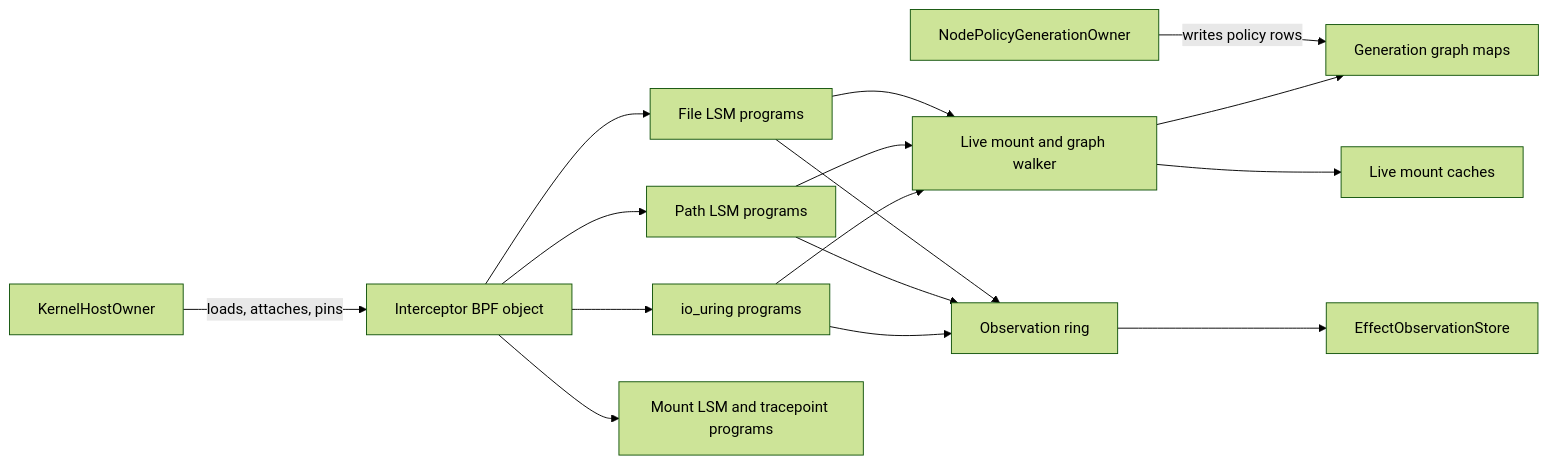
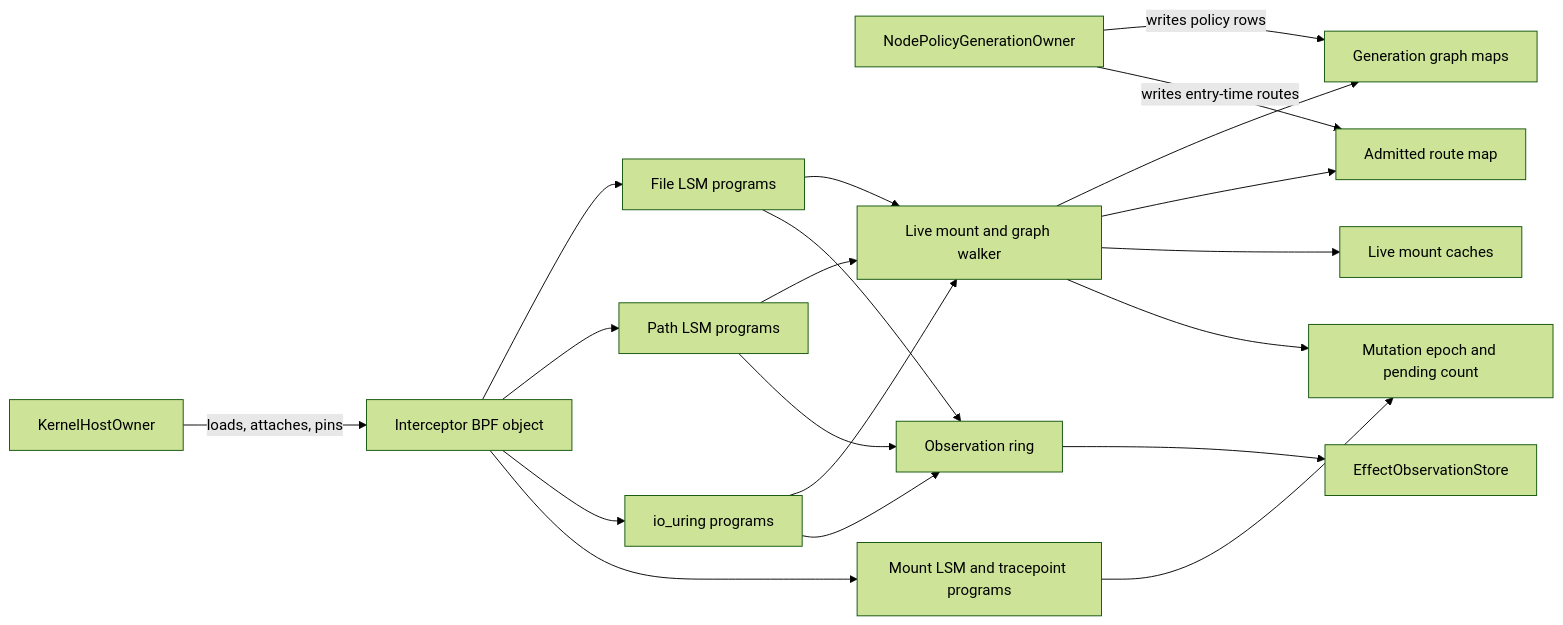
One commit to Ereborlabs/erebor-runtime changed diagram 14 of 14 in docs/plans/mithril-hugging-face-intrusion-prevention/path-tree-denial-implementation-review.md. Above: the diagram before and after it, drawn with Mermaid (forest theme). The commit also changed other lines of this file and 54 other files, not shown here.

````diff
--- a/docs/plans/mithril-hugging-face-intrusion-prevention/path-tree-denial-implementation-review.md
+++ b/docs/plans/mithril-hugging-face-intrusion-prevention/path-tree-denial-implementation-review.md
@@ -1059,18 +1155,22 @@
 ```mermaid
 flowchart LR
     N[NodePolicyGenerationOwner] -->|writes policy rows| M[Generation graph maps]
+    N -->|writes entry-time routes| A[Admitted route map]
     H[KernelHostOwner] -->|loads, attaches, pins| O[Interceptor BPF object]
     O --> F[File LSM programs]
     O --> P[Path LSM programs]
     O --> U[io_uring programs]
     O --> X[Mount LSM and tracepoint programs]
     F --> W[Live mount and graph walker]
     P --> W
     U --> W
     W --> M
+    W --> A
     W --> C[Live mount caches]
+    X --> G[Mutation epoch and pending count]
+    W --> G
     F --> R[Observation ring]
     P --> R
     U --> R
     R --> S[EffectObservationStore]
 ```
````
